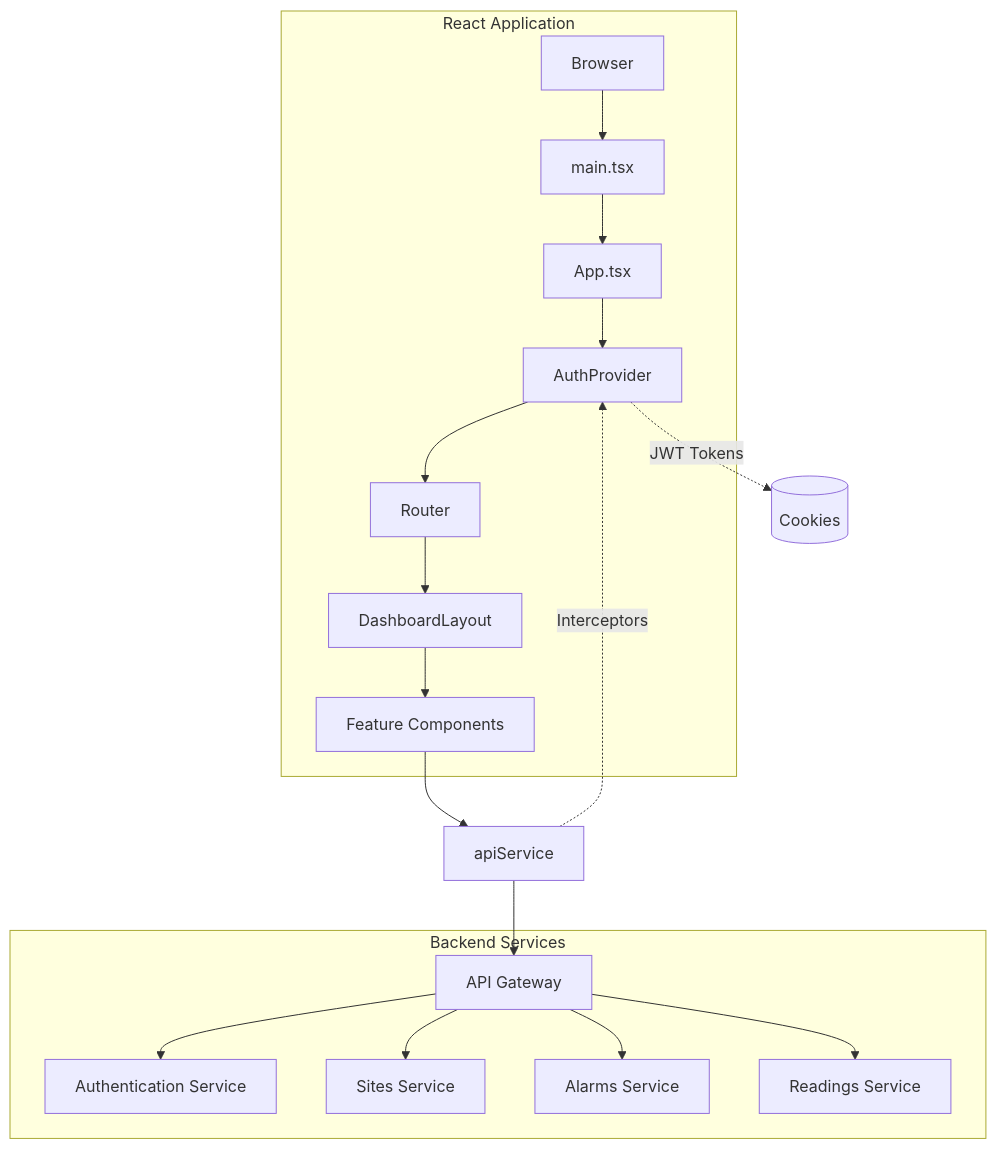
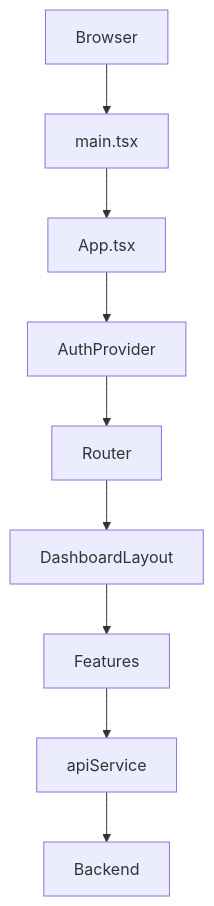
One commit to Abdelmalek-Osama/UPS-Frontend changed the diagram in TECHNICAL_DOCUMENTATION.md. Above: the diagram before and after it, drawn with Mermaid. The commit also changed other lines of this file, not shown here.

````diff
--- a/TECHNICAL_DOCUMENTATION.md
+++ b/TECHNICAL_DOCUMENTATION.md
@@ -279,29 +164,5 @@
 ```mermaid
 graph TB
-    subgraph Client["React Application"]
-        A[Browser] --> B[main.tsx]
-        B --> C[App.tsx]
-        C --> D[AuthProvider]
-        D --> E[Router]
-        E --> F[DashboardLayout]
-        F --> G[Feature Components]
-    end
-    
-    subgraph API["Backend Services"]
-        H[API Gateway]
-        I[Authentication Service]
-        J[Sites Service]
-        K[Alarms Service]
-        L[Readings Service]
-    end
-    
-    G --> M[apiService]
-    M --> H
-    H --> I
-    H --> J
-    H --> K
-    H --> L
-    
-    D -.JWT Tokens.-> N[(Cookies)]
-    M -.Interceptors.-> D
+  Browser --> main.tsx --> App.tsx --> AuthProvider --> Router --> DashboardLayout --> Features
+  Features --> apiService --> Backend
 ```
````
